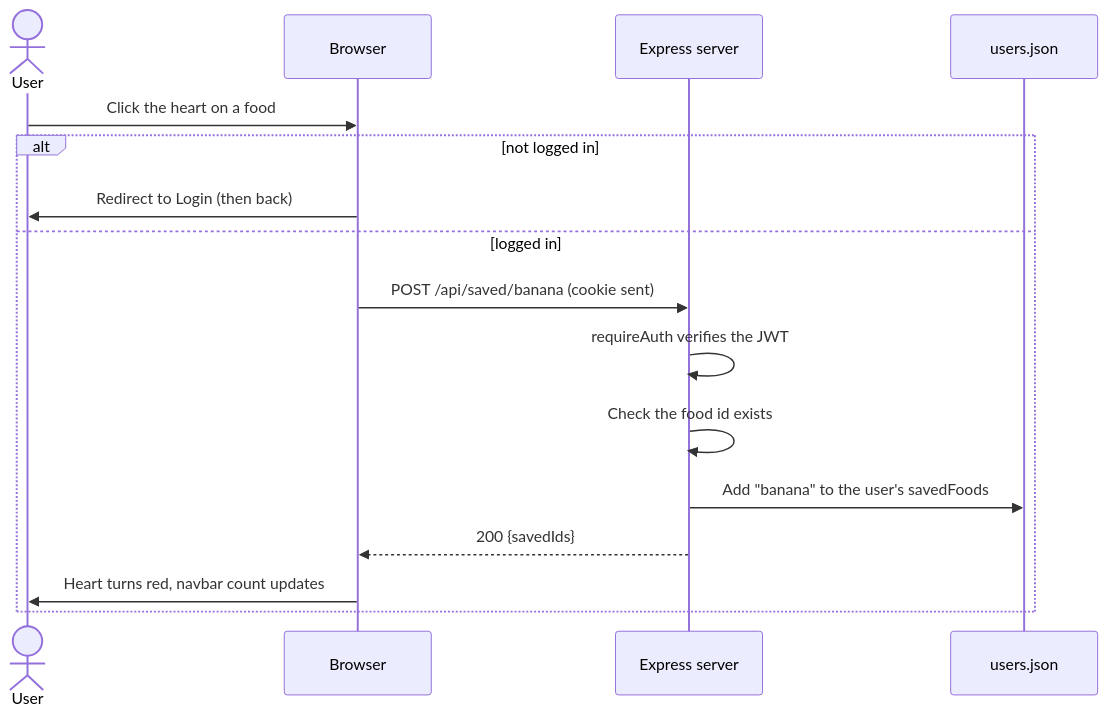
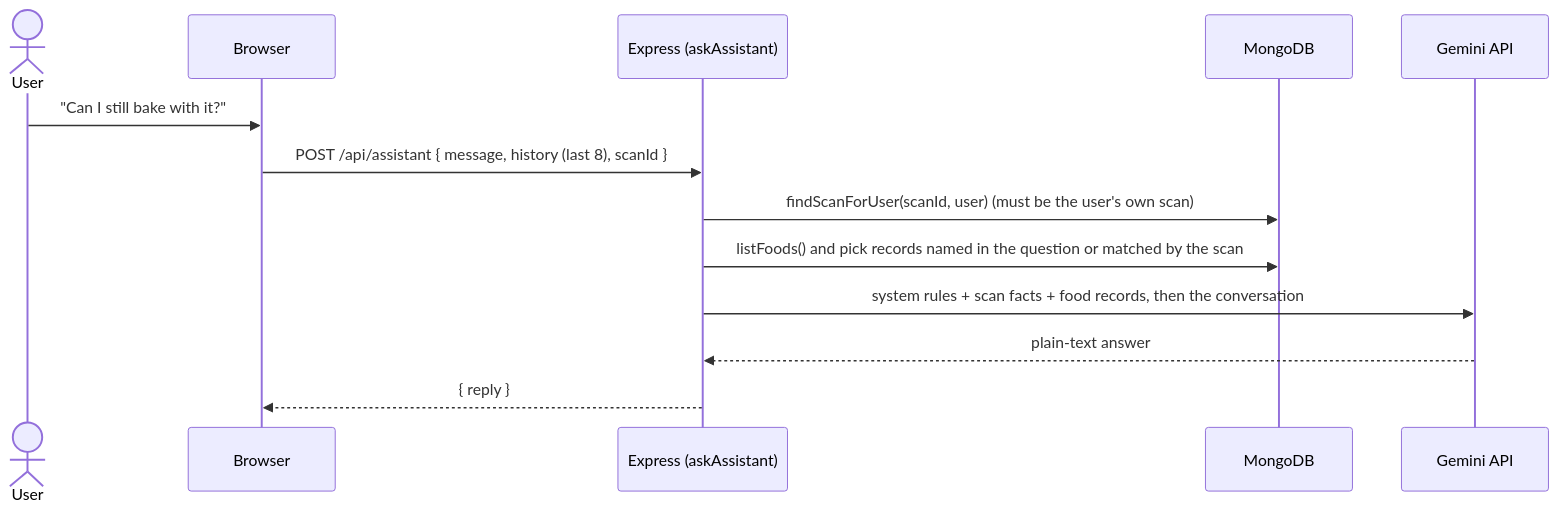
One commit to sheershh/ShelfLife changed the fifth of 6 diagrams in PROJECT_STATUS.md. Above: the diagram before and after it, drawn with Mermaid. The commit also changed other lines of this file and 75 other files, not shown here.

````diff
--- a/PROJECT_STATUS.md
+++ b/PROJECT_STATUS.md
@@ -264,19 +261,15 @@
 ```mermaid
 sequenceDiagram
     actor U as User
     participant B as Browser
-    participant S as Express server
-    participant D as users.json
-
-    U->>B: Click the heart on a food
-    alt not logged in
-        B->>U: Redirect to Login (then back)
-    else logged in
-        B->>S: POST /api/saved/banana (cookie sent)
-        S->>S: requireAuth verifies the JWT
-        S->>S: Check the food id exists
-        S->>D: Add "banana" to the user's savedFoods
-        S-->>B: 200 {savedIds}
-        B->>U: Heart turns red, navbar count updates
-    end
+    participant S as Express (askAssistant)
+    participant DB as MongoDB
+    participant G as Gemini API
+    U->>B: "Can I still bake with it?"
+    B->>S: POST /api/assistant { message, history (last 8), scanId }
+    S->>DB: findScanForUser(scanId, user) (must be the user's own scan)
+    S->>DB: listFoods() and pick records named in the question or matched by the scan
+    S->>G: system rules + scan facts + food records, then the conversation
+    G-->>S: plain-text answer
+    S-->>B: { reply }
 ```
````
